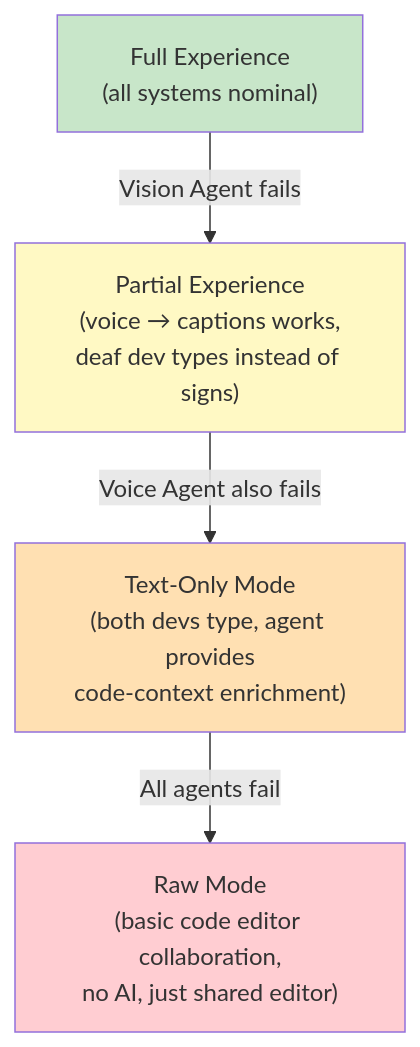
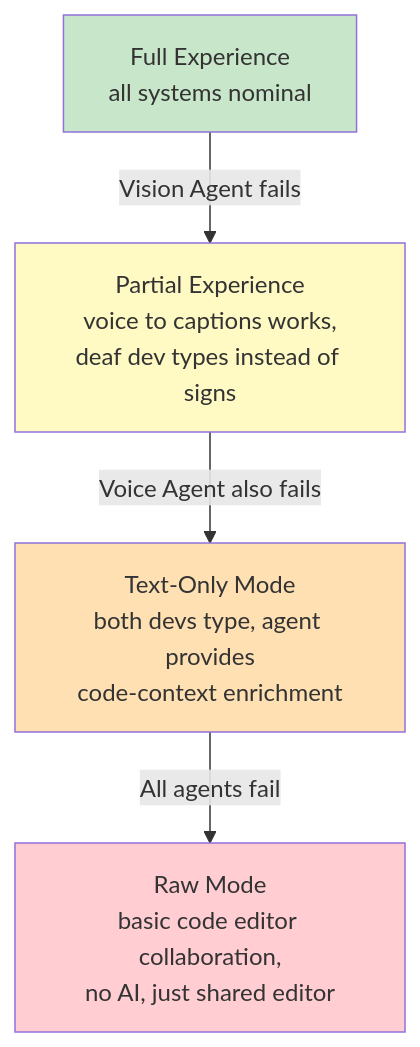
One commit to IndarKarhana/gemini-codebridge changed diagram 12 of 13 in docs/ARCHITECTURE.md. Above: the diagram before and after it, drawn with Mermaid. The commit also changed other lines of this file and 5 other files, not shown here.

First line of the commit message:
fix: repair mermaid diagrams and remove .cursor directory

````diff
--- a/docs/ARCHITECTURE.md
+++ b/docs/ARCHITECTURE.md
@@ -811,11 +811,11 @@
 ```mermaid
 flowchart TD
-    A["Full Experience\n(all systems nominal)"] -->|Vision Agent fails| B["Partial Experience\n(voice → captions works,\ndeaf dev types instead of signs)"]
-    B -->|Voice Agent also fails| C["Text-Only Mode\n(both devs type, agent provides\ncode-context enrichment)"]
-    C -->|All agents fail| D["Raw Mode\n(basic code editor collaboration,\nno AI, just shared editor)"]
+    A["Full Experience<br/>all systems nominal"] -->|Vision Agent fails| B["Partial Experience<br/>voice to captions works,<br/>deaf dev types instead of signs"]
+    B -->|Voice Agent also fails| C["Text-Only Mode<br/>both devs type, agent provides<br/>code-context enrichment"]
+    C -->|All agents fail| D["Raw Mode<br/>basic code editor collaboration,<br/>no AI, just shared editor"]
 
     style A fill:#c8e6c9
     style B fill:#fff9c4
     style C fill:#ffe0b2
     style D fill:#ffcdd2
 ```
````
